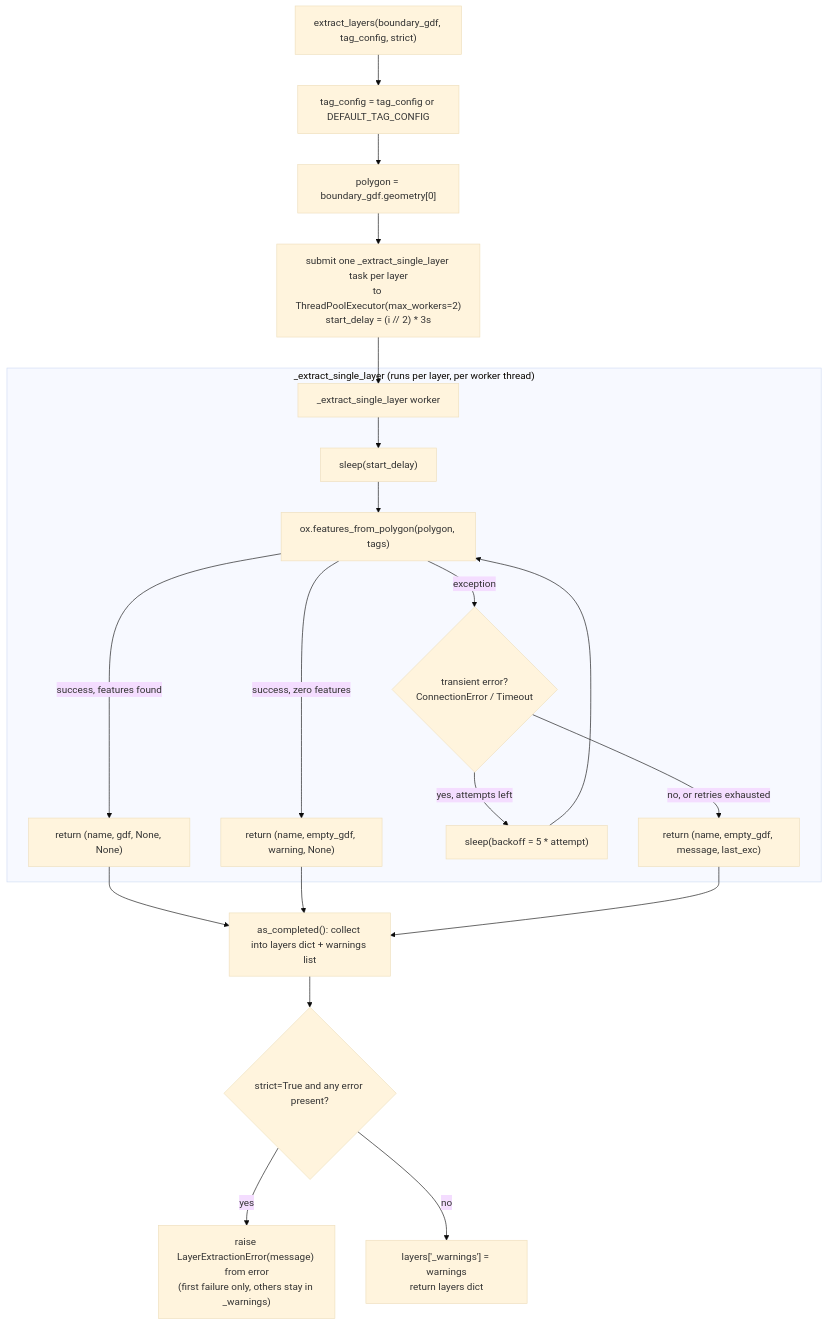
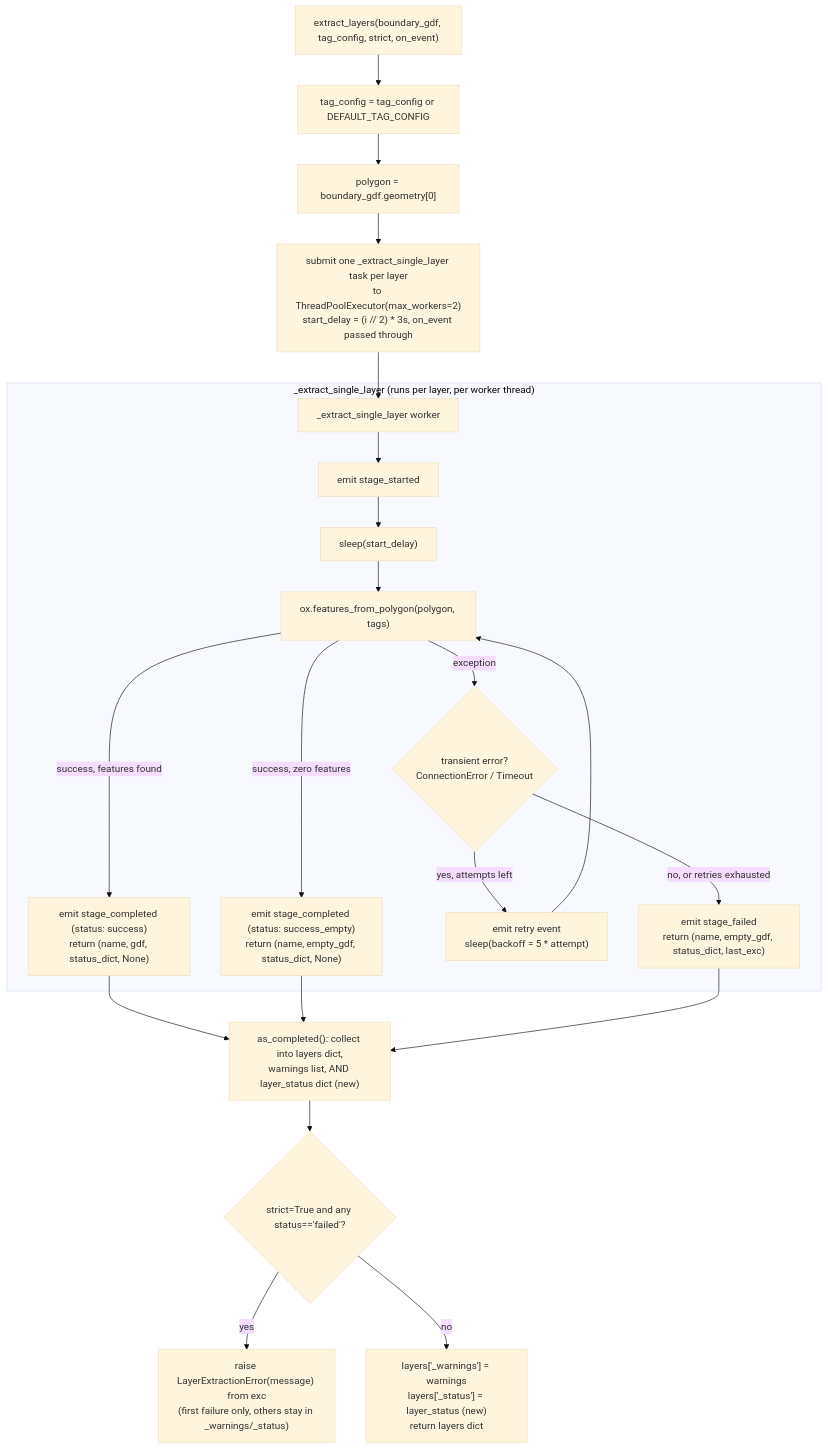
One commit to Mapkathon2026-UseOSM/UseOSM_Mapkathon-Submission-documentation changed the diagram in docs/lga-osm-extractor/modules/layers.md. Above: the diagram before and after it, drawn with Mermaid (base theme). The commit also changed other lines of this file and 19 other files, not shown here.

````diff
--- a/docs/lga-osm-extractor/modules/layers.md
+++ b/docs/lga-osm-extractor/modules/layers.md
@@ -104,25 +107,26 @@
 ```mermaid
 flowchart TD
-    A["extract_layers(boundary_gdf, tag_config, strict)"] --> B["tag_config = tag_config or DEFAULT_TAG_CONFIG"]
+    A["extract_layers(boundary_gdf, tag_config, strict, on_event)"] --> B["tag_config = tag_config or DEFAULT_TAG_CONFIG"]
     B --> C["polygon = boundary_gdf.geometry[0]"]
-    C --> D["submit one _extract_single_layer task per layer<br/>to ThreadPoolExecutor(max_workers=2)<br/>start_delay = (i // 2) * 3s"]
+    C --> D["submit one _extract_single_layer task per layer<br/>to ThreadPoolExecutor(max_workers=2)<br/>start_delay = (i // 2) * 3s, on_event passed through"]
     D --> E["_extract_single_layer worker"]
 
     subgraph W ["_extract_single_layer (runs per layer, per worker thread)"]
-        E --> F["sleep(start_delay)"]
+        E --> E0["emit stage_started"]
+        E0 --> F["sleep(start_delay)"]
         F --> G["ox.features_from_polygon(polygon, tags)"]
-        G -- "success, features found" --> H["return (name, gdf, None, None)"]
-        G -- "success, zero features" --> I["return (name, empty_gdf, warning, None)"]
+        G -- "success, features found" --> H["emit stage_completed (status: success)<br/>return (name, gdf, status_dict, None)"]
+        G -- "success, zero features" --> I["emit stage_completed (status: success_empty)<br/>return (name, empty_gdf, status_dict, None)"]
         G -- "exception" --> J{"transient error?<br/>ConnectionError / Timeout"}
-        J -- "yes, attempts left" --> K["sleep(backoff = 5 * attempt)"]
+        J -- "yes, attempts left" --> K["emit retry event<br/>sleep(backoff = 5 * attempt)"]
         K --> G
-        J -- "no, or retries exhausted" --> L["return (name, empty_gdf, message, last_exc)"]
+        J -- "no, or retries exhausted" --> L["emit stage_failed<br/>return (name, empty_gdf, status_dict, last_exc)"]
     end
 
-    H --> M["as_completed(): collect into layers dict + warnings list"]
+    H --> M["as_completed(): collect into layers dict,<br/>warnings list, AND layer_status dict (new)"]
     I --> M
     L --> M
-    M --> N{"strict=True and any error present?"}
-    N -- yes --> O["raise LayerExtractionError(message) from error<br/>(first failure only, others stay in _warnings)"]
-    N -- no --> P["layers['_warnings'] = warnings<br/>return layers dict"]
+    M --> N{"strict=True and any status=='failed'?"}
+    N -- yes --> O["raise LayerExtractionError(message) from exc<br/>(first failure only, others stay in _warnings/_status)"]
+    N -- no --> P["layers['_warnings'] = warnings<br/>layers['_status'] = layer_status (new)<br/>return layers dict"]
 ```
````
